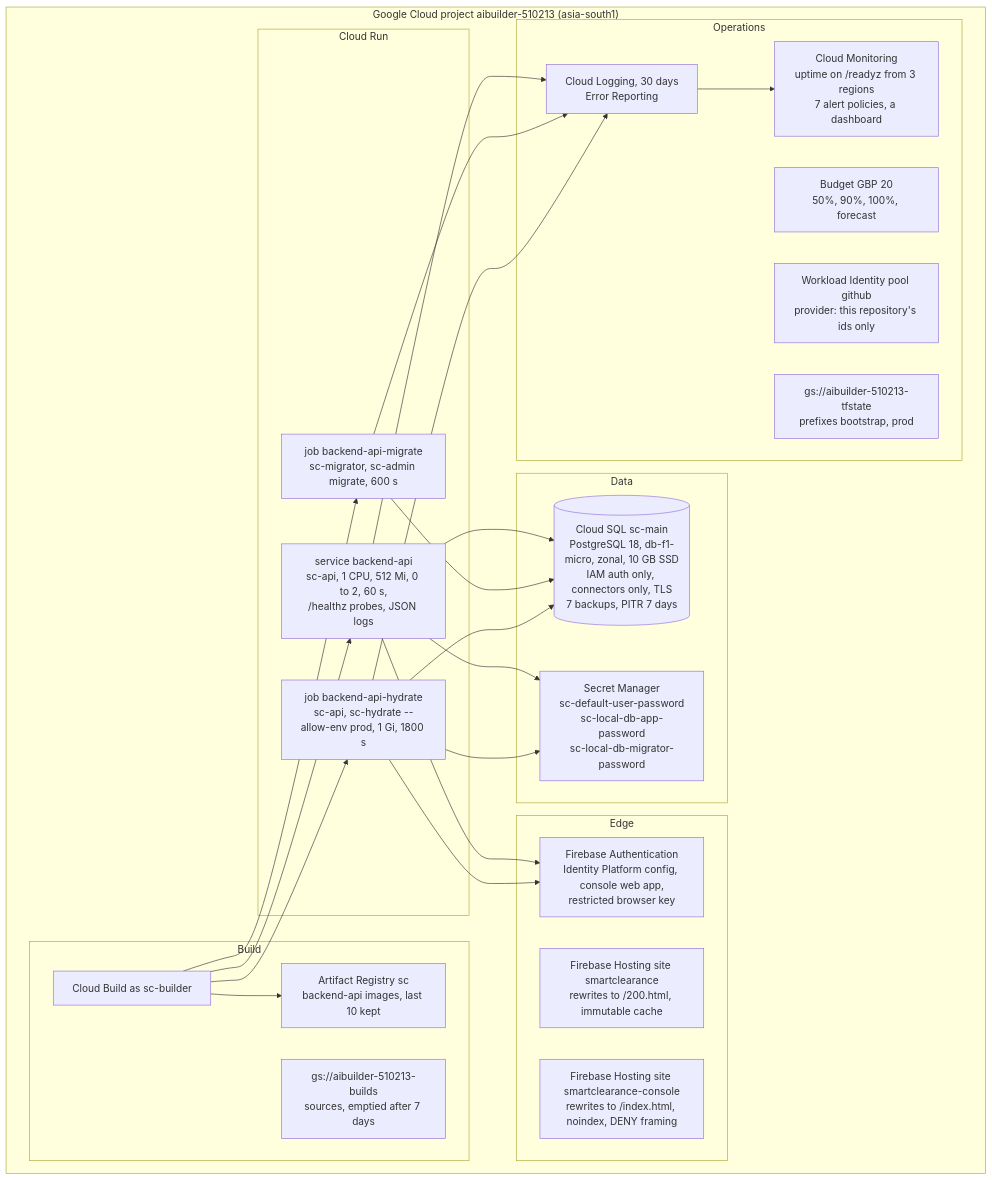
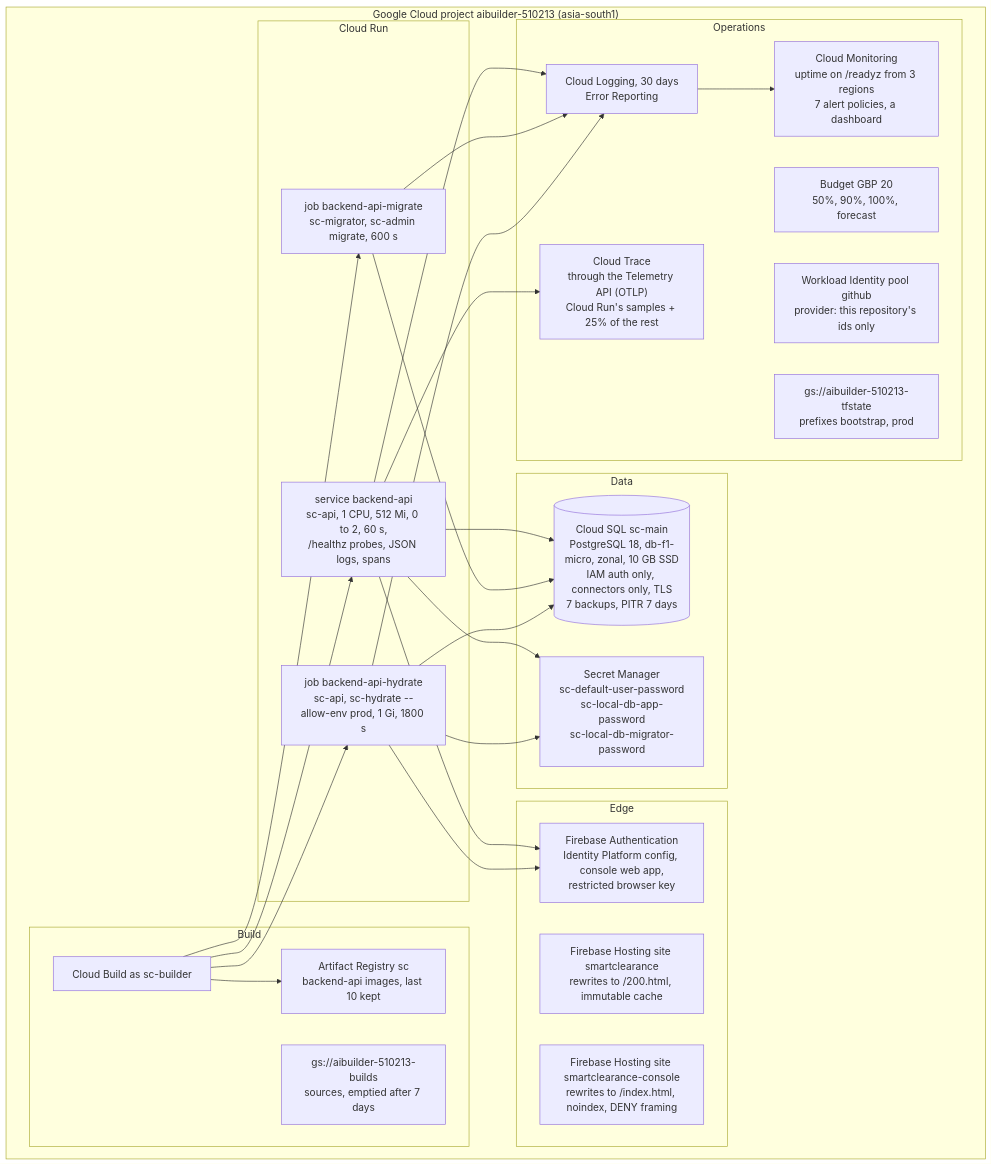
Before and after one commit to aibuilder2026/smart-clearance: diagram 12 of 15 in ARCHITECTURE.md, drawn with Mermaid. The commit also changed other lines of this file and 23 other files, not shown here.

First line of the commit message:
SC-57: request tracing for backend-api: trace ids in logs and audit rows, OpenTelemetry spans to Cloud Trace, a traceparent from the apps

````diff
--- a/ARCHITECTURE.md
+++ b/ARCHITECTURE.md
@@ -585,46 +609,48 @@
 ```mermaid
 flowchart TB
   subgraph project["Google Cloud project aibuilder-510213 (asia-south1)"]
     subgraph edge["Edge"]
       h1["Firebase Hosting site smartclearance<br/>rewrites to /200.html, immutable cache"]
       h2["Firebase Hosting site smartclearance-console<br/>rewrites to /index.html, noindex, DENY framing"]
       idp["Firebase Authentication<br/>Identity Platform config, console web app,<br/>restricted browser key"]
     end
     subgraph run["Cloud Run"]
-      svc["service backend-api<br/>sc-api, 1 CPU, 512 Mi, 0 to 2, 60 s,<br/>/healthz probes, JSON logs"]
+      svc["service backend-api<br/>sc-api, 1 CPU, 512 Mi, 0 to 2, 60 s,<br/>/healthz probes, JSON logs, spans"]
       mig["job backend-api-migrate<br/>sc-migrator, sc-admin migrate, 600 s"]
       hyd["job backend-api-hydrate<br/>sc-api, sc-hydrate --allow-env prod, 1 Gi, 1800 s"]
     end
     subgraph data["Data"]
       sql[("Cloud SQL sc-main<br/>PostgreSQL 18, db-f1-micro, zonal, 10 GB SSD<br/>IAM auth only, connectors only, TLS<br/>7 backups, PITR 7 days")]
       sm["Secret Manager<br/>sc-default-user-password<br/>sc-local-db-app-password<br/>sc-local-db-migrator-password"]
     end
     subgraph build["Build"]
       cb["Cloud Build as sc-builder"]
       ar["Artifact Registry sc<br/>backend-api images, last 10 kept"]
       bucket["gs://aibuilder-510213-builds<br/>sources, emptied after 7 days"]
     end
     subgraph ops["Operations"]
       log["Cloud Logging, 30 days<br/>Error Reporting"]
+      trace["Cloud Trace<br/>through the Telemetry API (OTLP)<br/>Cloud Run's samples + 25% of the rest"]
       mon["Cloud Monitoring<br/>uptime on /readyz from 3 regions<br/>7 alert policies, a dashboard"]
       budget["Budget GBP 20<br/>50%, 90%, 100%, forecast"]
       wif["Workload Identity pool github<br/>provider: this repository's ids only"]
       state["gs://aibuilder-510213-tfstate<br/>prefixes bootstrap, prod"]
     end
   end
   svc --> sql
   svc --> sm
   svc --> idp
   mig --> sql
   hyd --> sql
   hyd --> sm
   hyd --> idp
   cb --> ar
   cb --> mig
   cb --> hyd
   cb --> svc
   svc --> log
+  svc --> trace
   mig --> log
   hyd --> log
   log --> mon
 ```
````
